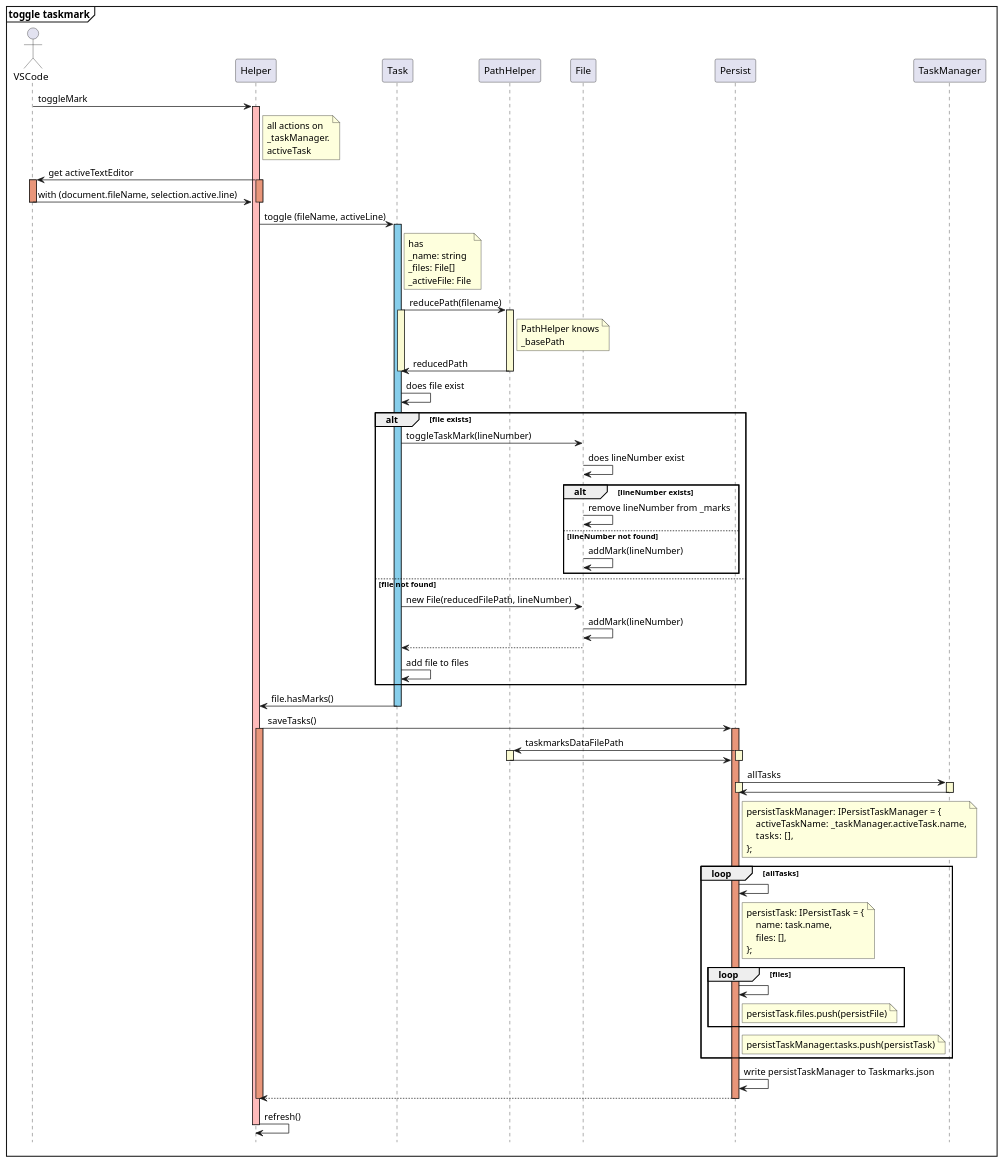
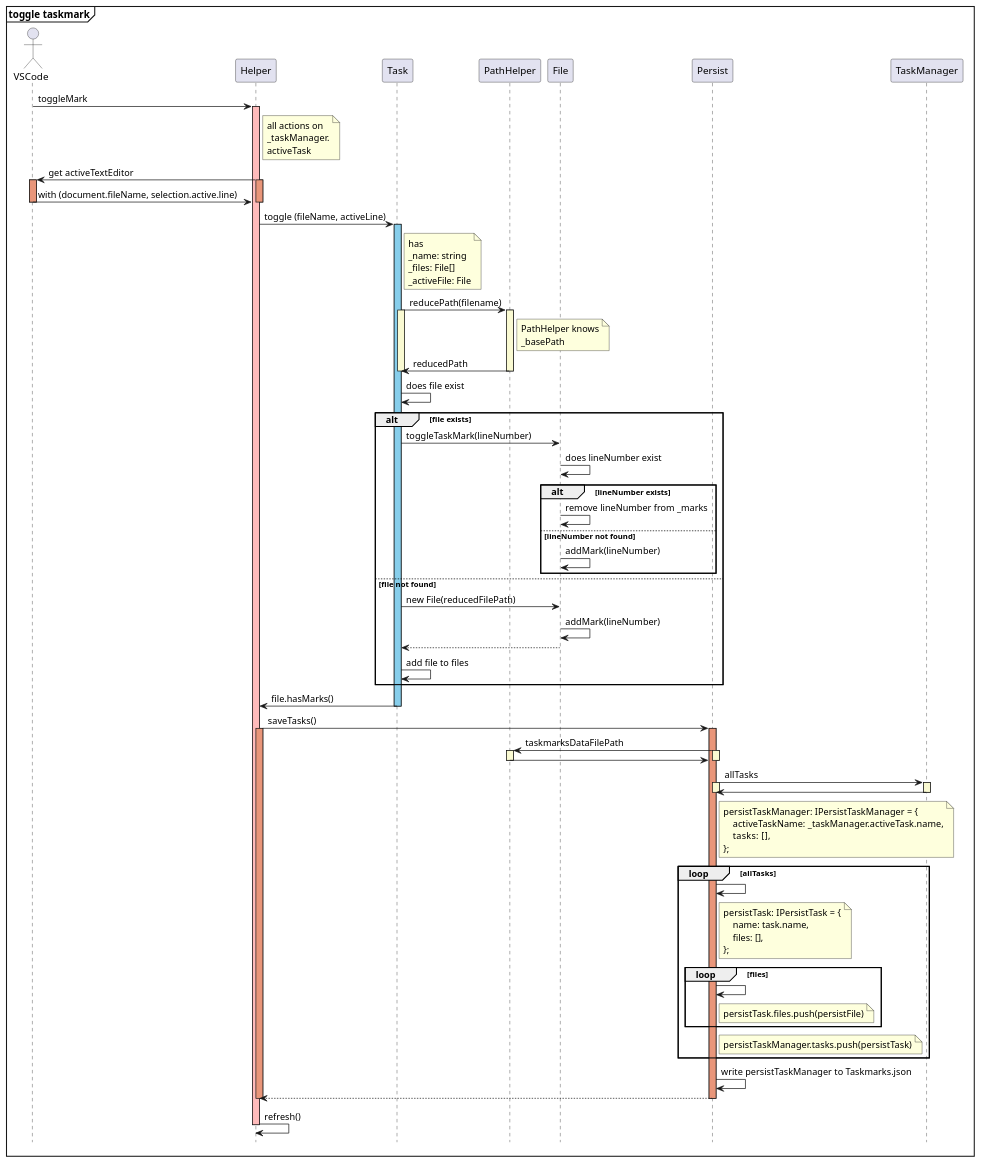
One commit to norbertK/taskmarks changed the diagram in docu/toggleTaskmark.puml. Above: the diagram before and after it, drawn with PlantUML. The commit also changed 7 other files, not shown here.

```diff
--- a/docu/toggleTaskmark.puml
+++ b/docu/toggleTaskmark.puml
@@ -2,130 +2,130 @@
 @startuml startup
 
 hide footbox
 
 mainframe **toggle taskmark**
 
 actor VSCode
 participant Helper as help
 participant Task as task
 participant PathHelper as ph
 participant File as file
 participant Persist as p
 participant TaskManager as tm
 
 VSCode -> help: toggleMark
 activate help #FFBBBB
 
 note right of help
     all actions on
     _taskManager.
     activeTask
 end note
 
 help -> VSCode: get activeTextEditor
 activate help #DarkSalmon
 activate VSCode #DarkSalmon
 VSCode -> help: with (document.fileName, selection.active.line)
 deactivate VSCode
 deactivate help
 
 
 help -> task: toggle (fileName, activeLine)
 activate task #SkyBlue
 note right of task
     has
     _name: string
     _files: File[]
     _activeFile: File
 end note
 
 task -> ph: reducePath(filename)
 activate task #LightGoldenRodYellow
 activate ph #LightGoldenRodYellow
 
 note right of ph
     PathHelper knows
     _basePath
 end note
 
 ph -> task: reducedPath
 deactivate ph
 deactivate task
 
 task -> task: does file exist
 
 alt file exists
     task -> file: toggleTaskMark(lineNumber)
     file -> file: does lineNumber exist
     alt lineNumber exists
         file -> file: remove lineNumber from _marks
     else lineNumber not found
         file -> file: addMark(lineNumber)
     end
 
 else file not found
-    task -> file: new File(reducedFilePath, lineNumber)
+    task -> file: new File(reducedFilePath)
     file -> file: addMark(lineNumber)
     file --> task
     task -> task: add file to files
 
 end
 
 task -> help: file.hasMarks()
 deactivate task
 
 help -> p: saveTasks()
 activate help #DarkSalmon
 activate p #DarkSalmon
 p -> ph: taskmarksDataFilePath
 activate p #LightGoldenRodYellow
 activate ph #LightGoldenRodYellow
 ph -> p
 deactivate ph
 deactivate p
 
 p -> tm: allTasks
 activate p #LightGoldenRodYellow
 activate tm #LightGoldenRodYellow
 tm -> p
 deactivate tm
 deactivate p
 
 note right of p
     persistTaskManager: IPersistTaskManager = {
         activeTaskName: _taskManager.activeTask.name,
         tasks:  [],
     };
 end note
 loop allTasks
     p -> p
     note right of p
         persistTask: IPersistTask = {
             name: task.name,
             files: [],
         };
     end note
     loop files
         p -> p
         note right of p
             persistTask.files.push(persistFile)
         end note
     end
     note right of p
         persistTaskManager.tasks.push(persistTask)
     end note
 end
 
 p -> p: write persistTaskManager to Taskmarks.json
 
 p --> help
 deactivate p
 deactivate help
 
 help -> help: refresh()
 
 
 deactivate help
 
 
 @endjson
```
